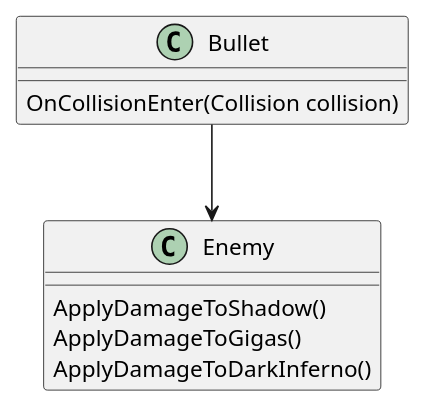
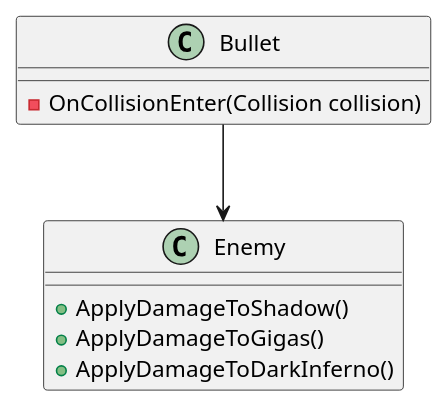
One commit to kikuchi-ryou/SolidPrinciples changed the diagram in Assets/Uml/ocp-before.pu. Above: the diagram before and after it, drawn with PlantUML. The commit also changed 14 other files, not shown here.

Commit message:
クラス図を追加

```diff
--- a/Assets/Uml/ocp-before.pu
+++ b/Assets/Uml/ocp-before.pu
@@ -1,13 +1,13 @@
 @startuml
 class Bullet {
-    OnCollisionEnter(Collision collision)
+    -OnCollisionEnter(Collision collision)
 }
 
 class Enemy {
-    ApplyDamageToShadow()
-    ApplyDamageToGigas()
-    ApplyDamageToDarkInferno()
+    +ApplyDamageToShadow()
+    +ApplyDamageToGigas()
+    +ApplyDamageToDarkInferno()
 }
 
 Bullet --> Enemy
 @enduml
```
